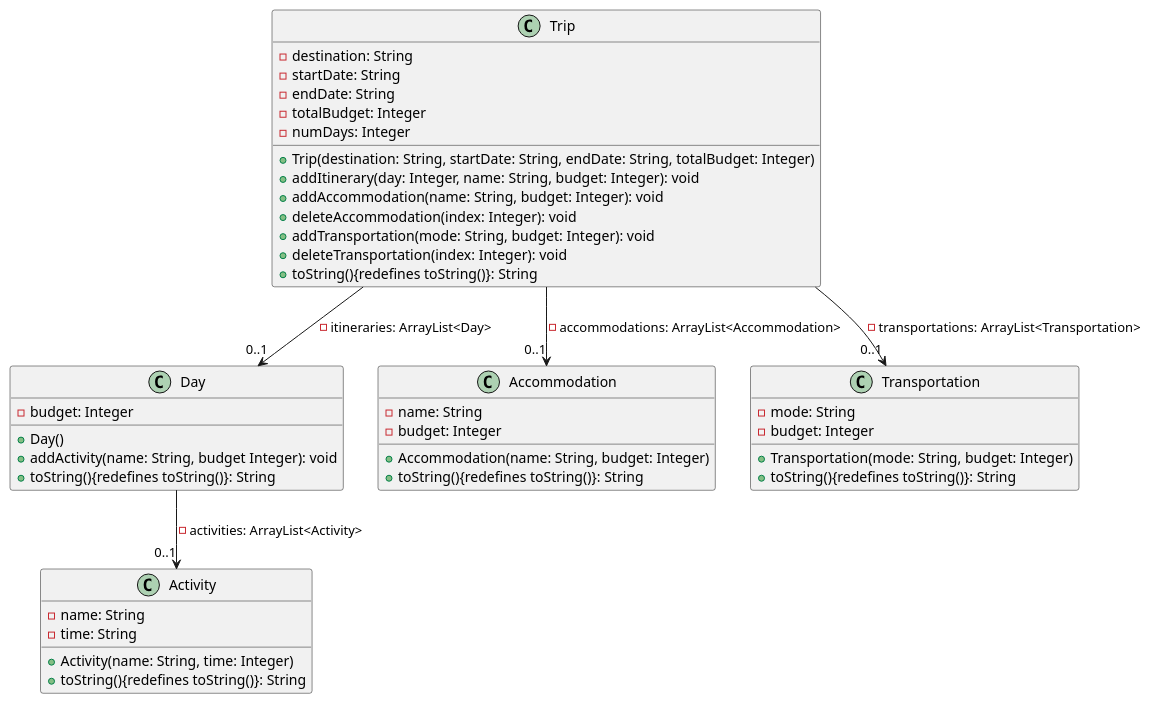
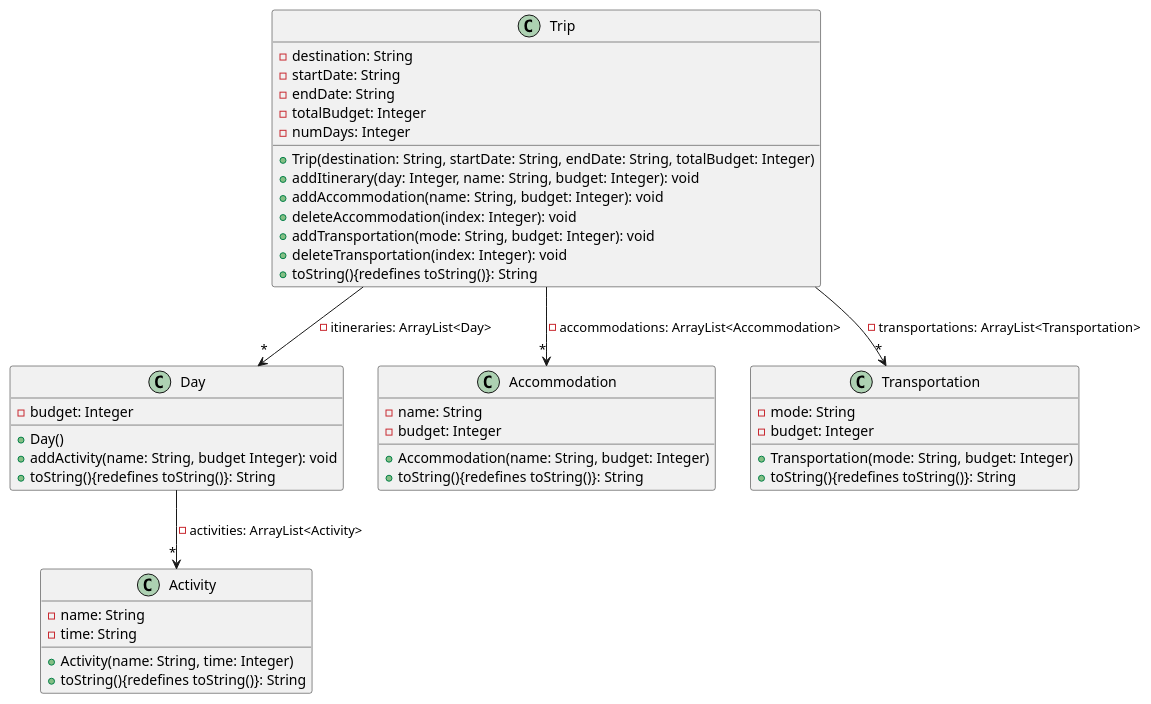
The diagram in docs/uml_v1.puml (sweetFish8/tp), drawn with PlantUML before and after one commit.

Commit message:
Fix incorrect multiplicity of the associations

```diff
--- a/docs/uml_v1.puml
+++ b/docs/uml_v1.puml
@@ -1,51 +1,51 @@
 @startuml
 class Trip{
     - destination: String
     - startDate: String
     - endDate: String
     - totalBudget: Integer
     - numDays: Integer
     + Trip(destination: String, startDate: String, endDate: String, totalBudget: Integer)
     + addItinerary(day: Integer, name: String, budget: Integer): void
     + addAccommodation(name: String, budget: Integer): void
     + deleteAccommodation(index: Integer): void
     + addTransportation(mode: String, budget: Integer): void
     + deleteTransportation(index: Integer): void
     + toString(){redefines toString()}: String
 }
 
 class Day{
     - budget: Integer
     + Day()
     + addActivity(name: String, budget Integer): void
     + toString(){redefines toString()}: String
 }
 
 class Activity{
     - name: String
     - time: String
     + Activity(name: String, time: Integer)
     + toString(){redefines toString()}: String
 }
 
 class Accommodation{
     - name: String
     - budget: Integer
     + Accommodation(name: String, budget: Integer)
     + toString(){redefines toString()}: String
 }
 
 class Transportation{
     - mode: String
     - budget: Integer
     + Transportation(mode: String, budget: Integer)
     + toString(){redefines toString()}: String
 }
 
-Trip --> "0..1" Day : - itineraries: ArrayList<Day>
-Day --> "0..1" Activity : - activities: ArrayList<Activity>
-Trip --> "0..1" Accommodation : - accommodations: ArrayList<Accommodation>
-Trip --> "0..1" Transportation : - transportations: ArrayList<Transportation>
+Trip --> "*" Day : - itineraries: ArrayList<Day>
+Day --> "*" Activity : - activities: ArrayList<Activity>
+Trip --> "*" Accommodation : - accommodations: ArrayList<Accommodation>
+Trip --> "*" Transportation : - transportations: ArrayList<Transportation>
 
 
 @enduml
```
